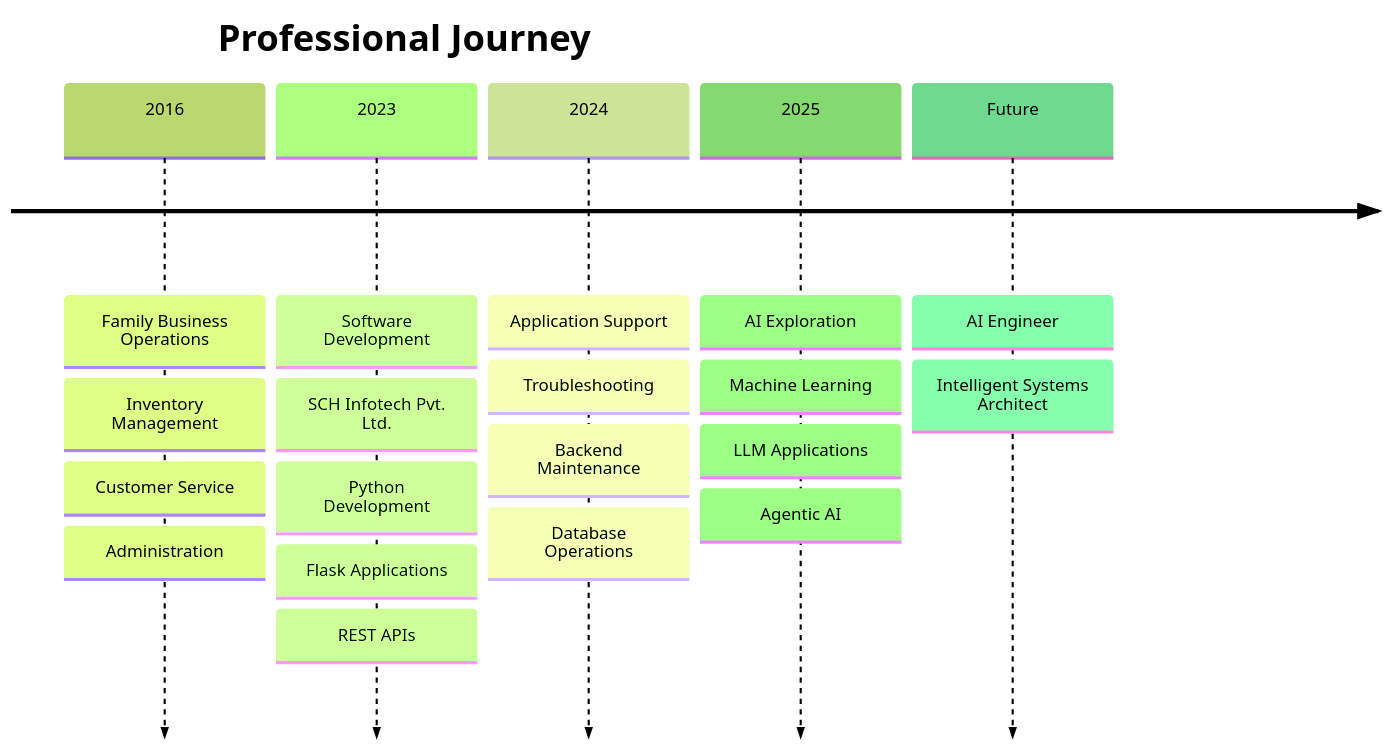
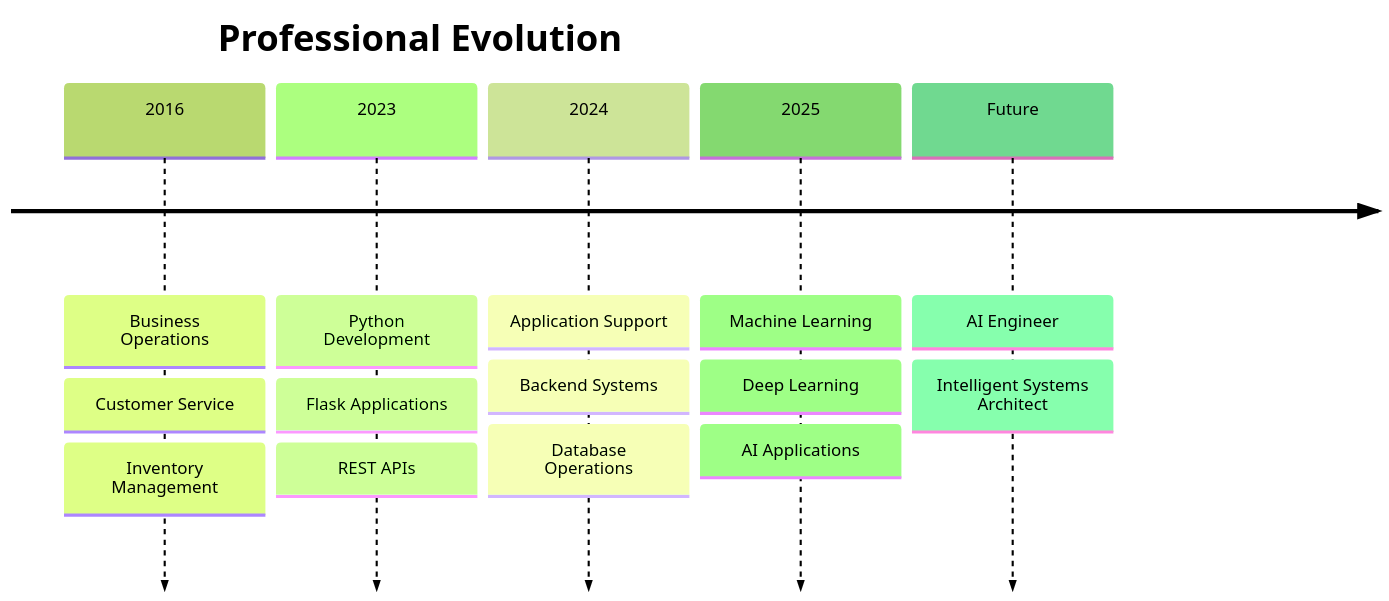
One commit to AntoDevStack/AntoDevStack changed the first of 2 diagrams in README.md. Above: the diagram before and after it, drawn with Mermaid (forest theme). The commit also changed other lines of this file, not shown here.

````diff
--- a/README.md
+++ b/README.md
@@ -62,28 +54,38 @@
 ```mermaid
 timeline
-title Professional Journey
 
-2016 : Family Business Operations
-     : Inventory Management
-     : Customer Service
-     : Administration
+title Professional Evolution
 
-2023 : Software Development
-     : SCH Infotech Pvt. Ltd.
-     : Python Development
-     : Flask Applications
-     : REST APIs
+2016
+: Business Operations
 
-2024 : Application Support
-     : Troubleshooting
-     : Backend Maintenance
-     : Database Operations
+: Customer Service
 
-2025 : AI Exploration
-     : Machine Learning
-     : LLM Applications
-     : Agentic AI
+: Inventory Management
 
-Future : AI Engineer
-       : Intelligent Systems Architect
+2023
+: Python Development
+
+: Flask Applications
+
+: REST APIs
+
+2024
+: Application Support
+
+: Backend Systems
+
+: Database Operations
+
+2025
+: Machine Learning
+
+: Deep Learning
+
+: AI Applications
+
+Future
+: AI Engineer
+
+: Intelligent Systems Architect
 ```
````
